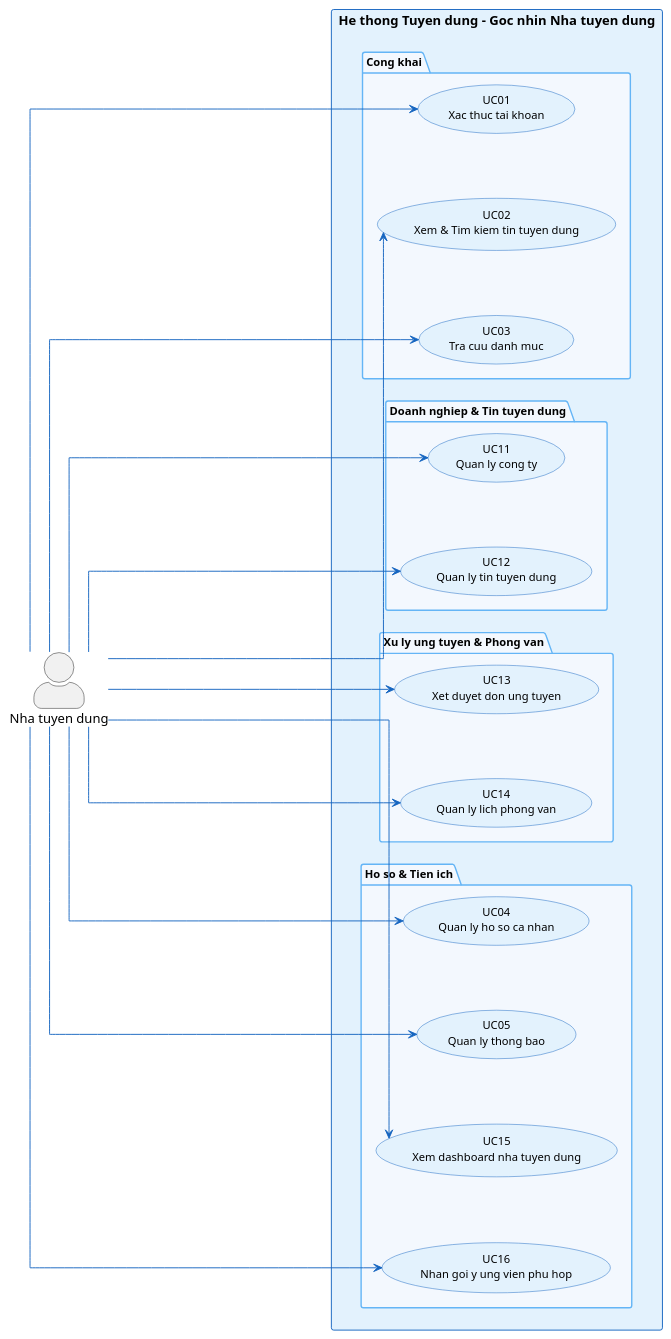
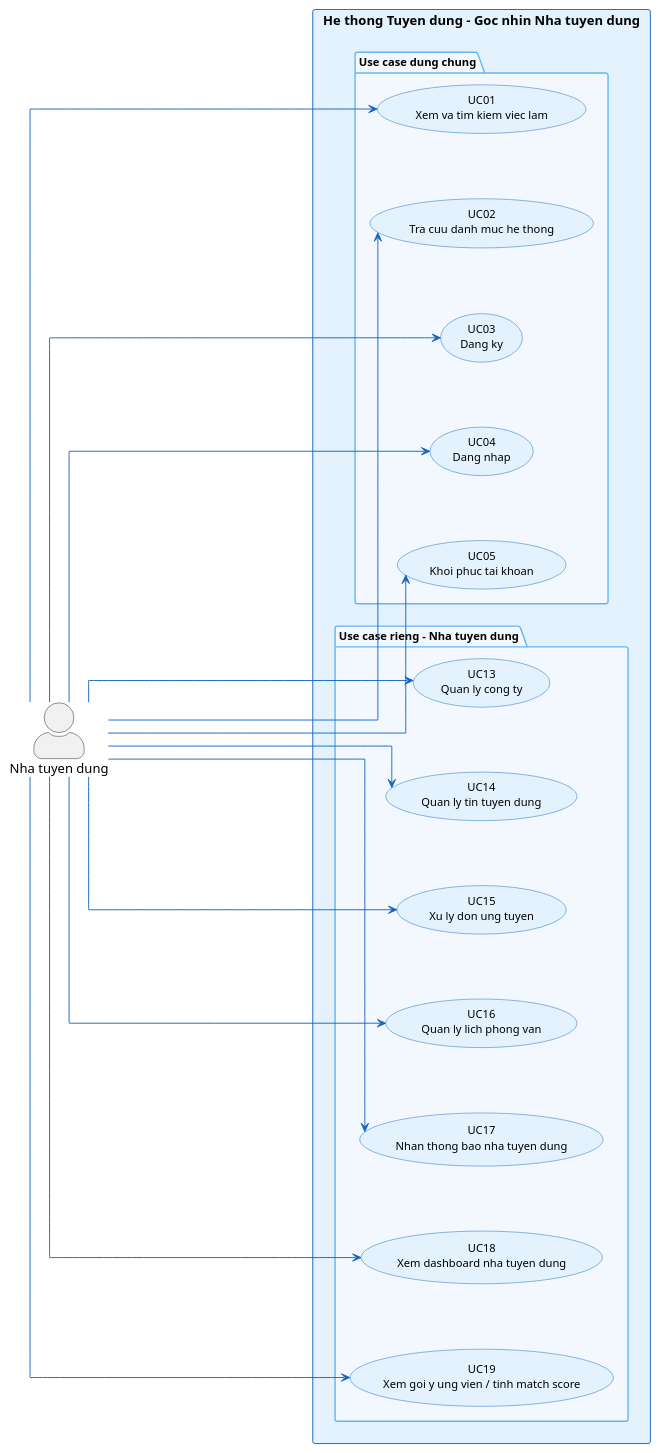
One commit to Ancuyou/Recruitment-Center-Website changed the diagram in uml/UseCase/NhaTuyenDungUseCase.puml. Above: the diagram before and after it, drawn with PlantUML. The commit also changed 74 other files, not shown here.

Commit message:
Cap nhat use case diagram

```diff
--- a/uml/UseCase/NhaTuyenDungUseCase.puml
+++ b/uml/UseCase/NhaTuyenDungUseCase.puml
@@ -1,67 +1,64 @@
 @startuml UC02_NhaTuyenDung
 left to right direction
 skinparam actorStyle awesome
 skinparam defaultFontName Arial
 skinparam nodesep 70
-skinparam ranksep 280
+skinparam ranksep 260
 skinparam linetype ortho
 
 skinparam usecase {
   BackgroundColor #E3F2FD
   BorderColor #1565C0
   FontSize 12
 }
 skinparam package {
   BackgroundColor #F3F8FE
   BorderColor #64B5F6
   FontSize 12
   FontStyle bold
   Padding 18
 }
 skinparam rectangle {
   BackgroundColor #E3F2FD
   BorderColor #1565C0
   FontSize 14
   FontStyle bold
 }
 
 actor "Nha tuyen dung" as NTD
 
 rectangle "He thong Tuyen dung - Goc nhin Nha tuyen dung" {
 
-  package "Cong khai" {
-    usecase "UC01\nXac thuc tai khoan"            as UC01
-    usecase "UC02\nXem & Tim kiem tin tuyen dung" as UC02
-    usecase "UC03\nTra cuu danh muc"              as UC03
+  package "Use case dung chung" {
+    usecase "UC01\nXem va tim kiem viec lam"          as UC01
+    usecase "UC02\nTra cuu danh muc he thong"         as UC02
+    usecase "UC03\nDang ky"                           as UC03
+    usecase "UC04\nDang nhap"                         as UC04
+    usecase "UC05\nKhoi phuc tai khoan"               as UC05
   }
 
-  package "Doanh nghiep & Tin tuyen dung" {
-    usecase "UC11\nQuan ly cong ty"               as UC11
-    usecase "UC12\nQuan ly tin tuyen dung"        as UC12
-  }
-
-  package "Xu ly ung tuyen & Phong van" {
-    usecase "UC13\nXet duyet don ung tuyen"       as UC13
-    usecase "UC14\nQuan ly lich phong van"        as UC14
-  }
-
-  package "Ho so & Tien ich" {
-    usecase "UC04\nQuan ly ho so ca nhan"         as UC04
-    usecase "UC05\nQuan ly thong bao"             as UC05
-    usecase "UC15\nXem dashboard nha tuyen dung"  as UC15
-    usecase "UC16\nNhan goi y ung vien phu hop"   as UC16
+  package "Use case rieng - Nha tuyen dung" {
+    usecase "UC13\nQuan ly cong ty"                   as UC13
+    usecase "UC14\nQuan ly tin tuyen dung"            as UC14
+    usecase "UC15\nXu ly don ung tuyen"               as UC15
+    usecase "UC16\nQuan ly lich phong van"            as UC16
+    usecase "UC17\nNhan thong bao nha tuyen dung"    as UC17
+    usecase "UC18\nXem dashboard nha tuyen dung"     as UC18
+    usecase "UC19\nXem goi y ung vien / tinh match score" as UC19
   }
 }
 
 NTD -[#1565C0]-> UC01
 NTD -[#1565C0]-> UC02
 NTD -[#1565C0]-> UC03
 NTD -[#1565C0]-> UC04
 NTD -[#1565C0]-> UC05
-NTD -[#1565C0]-> UC11
-NTD -[#1565C0]-> UC12
 NTD -[#1565C0]-> UC13
 NTD -[#1565C0]-> UC14
 NTD -[#1565C0]-> UC15
 NTD -[#1565C0]-> UC16
+NTD -[#1565C0]-> UC17
+NTD -[#1565C0]-> UC18
+NTD -[#1565C0]-> UC19
+
 @enduml
```
